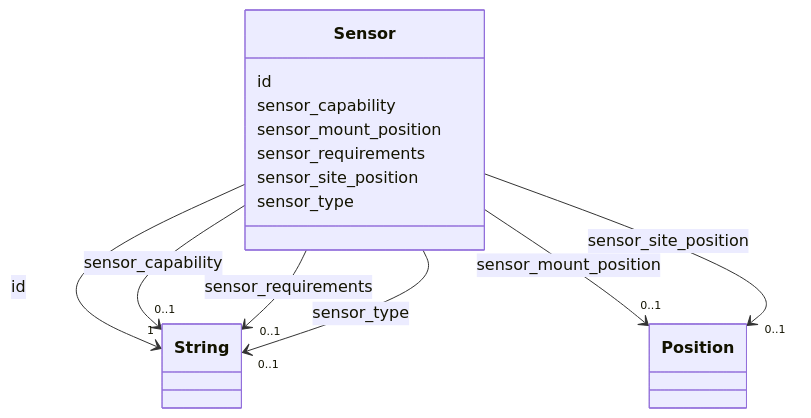
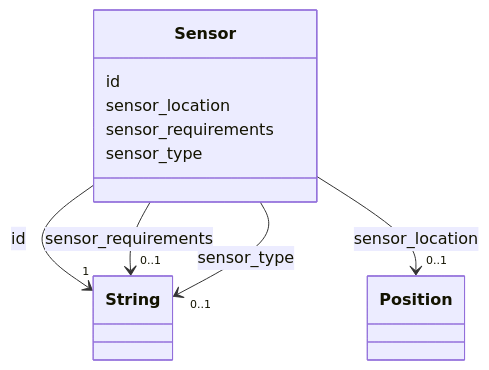
The diagram in docs/model/resource/Sensor.md (maikeljsb/rcpc-schema), drawn with Mermaid before and after one commit. The commit also changed other lines of this file and 8 other files, not shown here.

First line of the commit message:
refactor(resource): one sensor_location on the robot, drop sensor_capability

````diff
--- a/docs/model/resource/Sensor.md
+++ b/docs/model/resource/Sensor.md
@@ -23,72 +23,50 @@
 ```mermaid
  classDiagram
     class Sensor
     click Sensor href "../Sensor/"
       Sensor : id
         
           
     
         
         
         Sensor --> "1" String : id
         click String href "../http://www.w3.org/2001/XMLSchema#string/"
     
 
         
-      Sensor : sensor_capability
+      Sensor : sensor_location
         
           
     
         
         
-        Sensor --> "0..1" String : sensor_capability
-        click String href "../http://www.w3.org/2001/XMLSchema#string/"
-    
-
-        
-      Sensor : sensor_mount_position
-        
-          
-    
-        
-        
-        Sensor --> "0..1" Position : sensor_mount_position
+        Sensor --> "0..1" Position : sensor_location
         click Position href "../Position/"
     
 
         
       Sensor : sensor_requirements
         
           
     
         
         
         Sensor --> "0..1" String : sensor_requirements
         click String href "../http://www.w3.org/2001/XMLSchema#string/"
-    
-
-        
-      Sensor : sensor_site_position
-        
-          
-    
-        
-        
-        Sensor --> "0..1" Position : sensor_site_position
-        click Position href "../Position/"
     
 
         
       Sensor : sensor_type
         
           
     
         
         
         Sensor --> "0..1" String : sensor_type
         click String href "../http://www.w3.org/2001/XMLSchema#string/"
     
 
         
       
 ```
````
